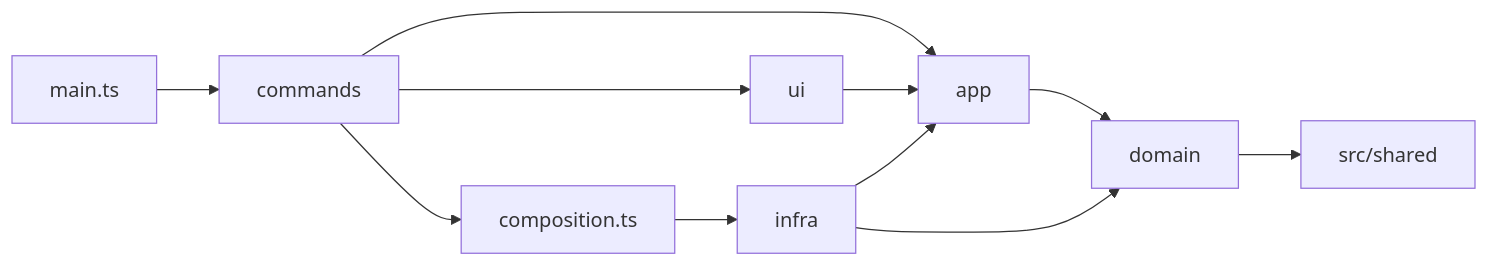
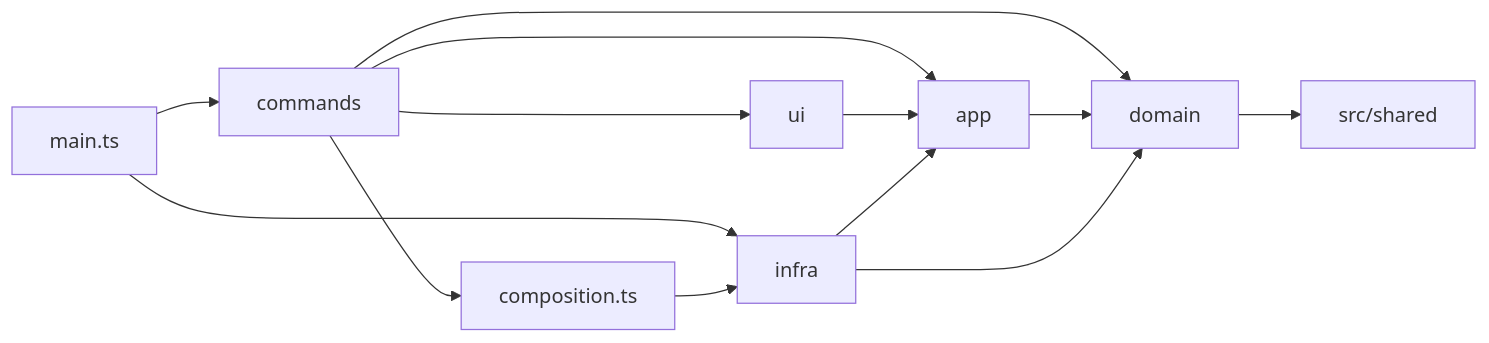
The second of 2 diagrams in docs/architecture.md (ken109/r2-lfs), drawn with Mermaid before and after one commit. The commit also changed other lines of this file and 3 other files, not shown here.

````diff
--- a/docs/architecture.md
+++ b/docs/architecture.md
@@ -39,13 +40,15 @@
 ```mermaid
 flowchart LR
   main[main.ts] --> commands
+  main --> infra
   commands --> composition[composition.ts]
   commands --> app
   commands --> ui
+  commands --> domain
   composition --> infra
   ui --> app
   infra --> app
   app --> domain
   infra --> domain
   domain --> shared[src/shared]
 ```
````
